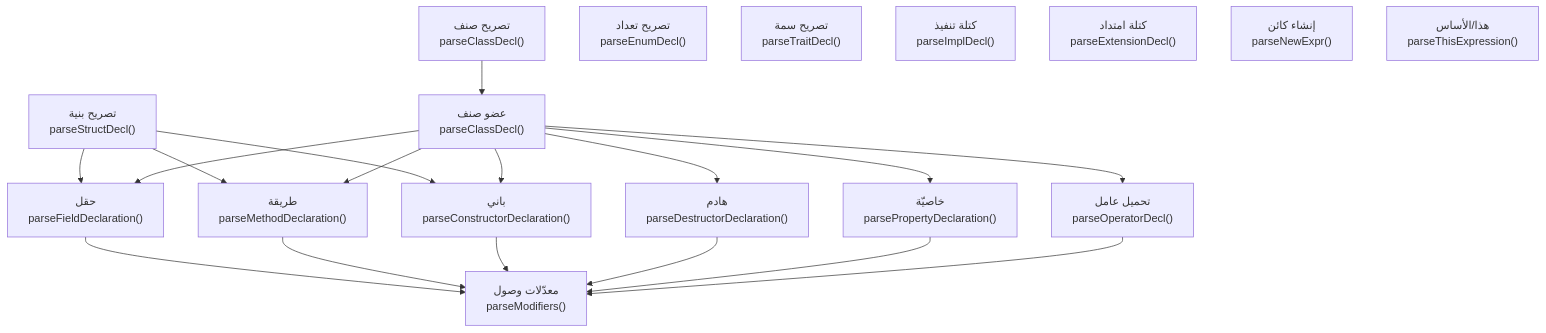
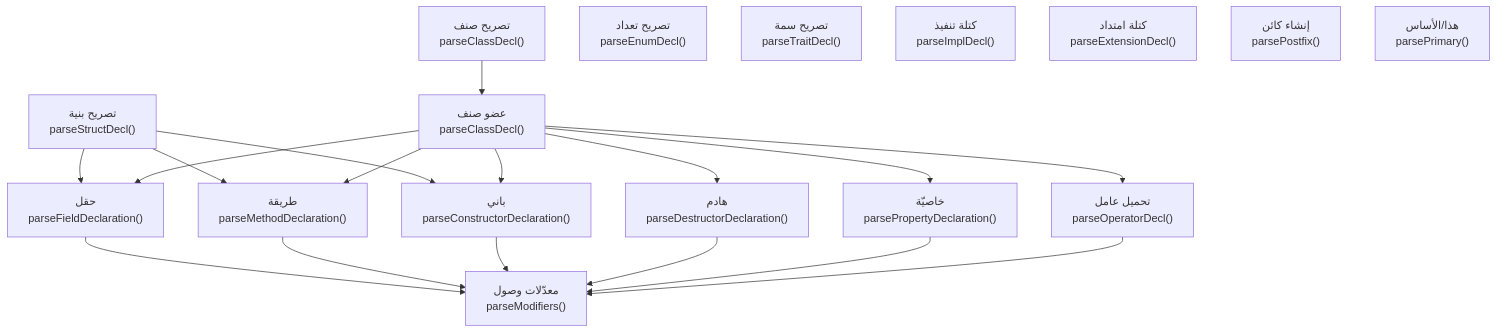
One commit to sadlang/sadlang changed the first of 33 diagrams in docs/parser_rule/_generated/30_oop.md. Above: the diagram before and after it, drawn with Mermaid. The commit also changed other lines of this file and 593 other files, not shown here.

````diff
--- a/docs/parser_rule/_generated/30_oop.md
+++ b/docs/parser_rule/_generated/30_oop.md
@@ -16,35 +16,35 @@
 ```mermaid
 flowchart TD
   o1["تصريح صنف<br/>parseClassDecl()"]
   o2["تصريح تعداد<br/>parseEnumDecl()"]
   o3["تصريح بنية<br/>parseStructDecl()"]
   o4["عضو صنف<br/>parseClassDecl()"]
   o5["حقل<br/>parseFieldDeclaration()"]
   o6["طريقة<br/>parseMethodDeclaration()"]
   o7["باني<br/>parseConstructorDeclaration()"]
   o8["هادم<br/>parseDestructorDeclaration()"]
   o9["خاصيّة<br/>parsePropertyDeclaration()"]
   o10["تحميل عامل<br/>parseOperatorDecl()"]
   o11["معدّلات وصول<br/>parseModifiers()"]
   o12["تصريح سمة<br/>parseTraitDecl()"]
   o13["كتلة تنفيذ<br/>parseImplDecl()"]
   o14["كتلة امتداد<br/>parseExtensionDecl()"]
-  o15["إنشاء كائن<br/>parseNewExpr()"]
-  o16["هذا/الأساس<br/>parseThisExpression()"]
+  o15["إنشاء كائن<br/>parsePostfix()"]
+  o16["هذا/الأساس<br/>parsePrimary()"]
   o1 --> o4
   o3 --> o5
   o3 --> o7
   o3 --> o6
   o4 --> o9
   o4 --> o6
   o4 --> o7
   o4 --> o8
   o4 --> o10
   o4 --> o5
   o5 --> o11
   o6 --> o11
   o7 --> o11
   o8 --> o11
   o9 --> o11
   o10 --> o11
 ```
````
